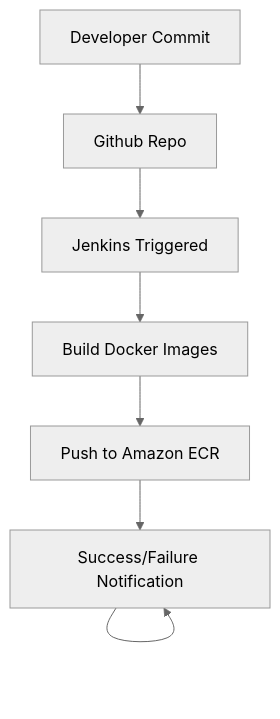
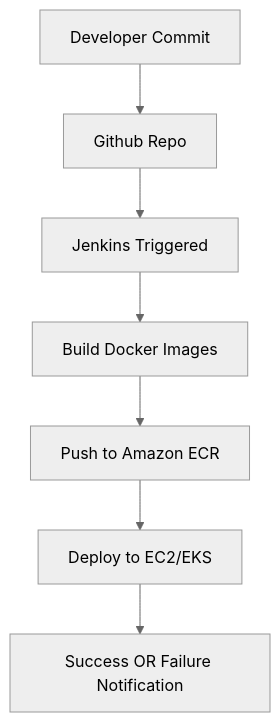
One commit to tanujbhatia24/Orchestration changed the diagram in README.md. Above: the diagram before and after it, drawn with Mermaid (neutral theme). The commit also changed other lines of this file, not shown here.

````diff
--- a/README.md
+++ b/README.md
@@ -97,9 +97,9 @@
 ```mermaid
 graph TD
 A[Developer Commit] --> B[Github Repo]
 B --> C[Jenkins Triggered]
 C --> D[Build Docker Images]
 D --> E[Push to Amazon ECR]
 E --> F[Deploy to EC2/EKS]
-F --> F[Success/Failure Notification]
+F --> G[Success OR Failure Notification]
 ```
````
